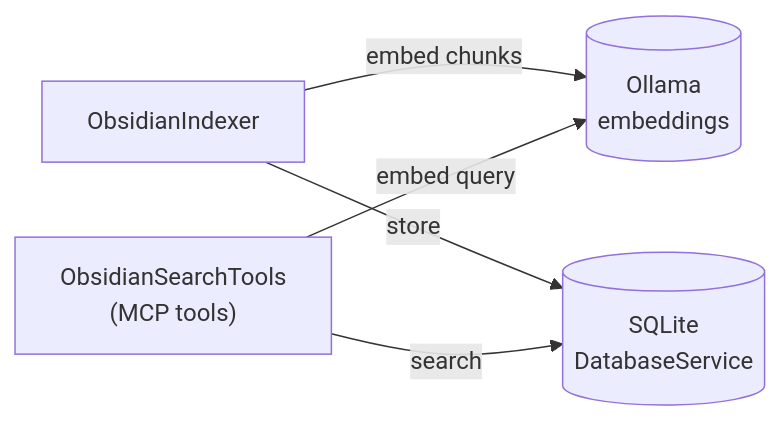
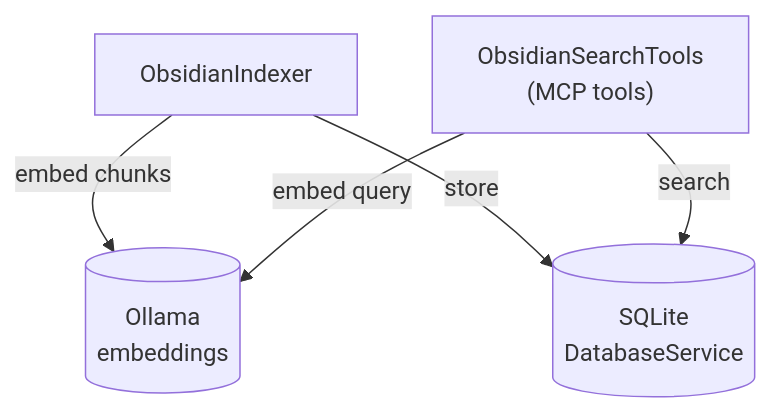
One commit to sandovaldavid/obsidian-docs-mcp changed the first of 3 diagrams in docs/architecture.md. Above: the diagram before and after it, drawn with Mermaid. The commit also changed 4 other files, not shown here.

First line of the commit message:
fix(docs): fix code contrast and diagram overlap

````diff
--- a/docs/architecture.md
+++ b/docs/architecture.md
@@ -18,12 +18,12 @@
 ```mermaid
-flowchart LR
+flowchart TD
     IDX["ObsidianIndexer"]
     TOOLS["ObsidianSearchTools<br/>(MCP tools)"]
     OLLAMA[("Ollama<br/>embeddings")]
     DB[("SQLite<br/>DatabaseService")]
 
     IDX -->|embed chunks| OLLAMA
     IDX -->|store| DB
     TOOLS -->|embed query| OLLAMA
     TOOLS -->|search| DB
 ```
````
